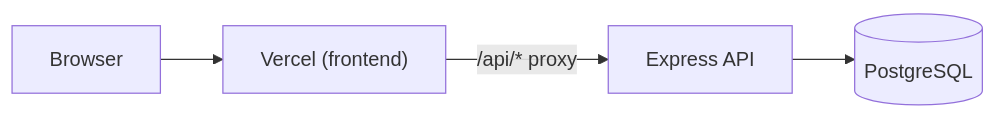
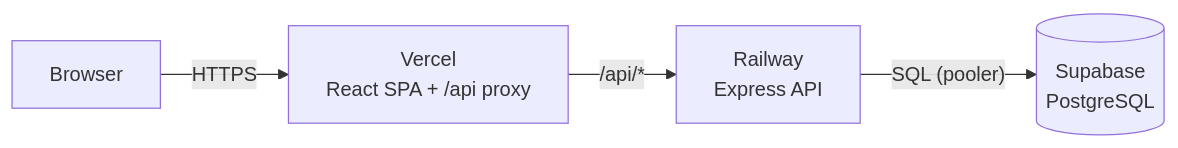
Before and after one commit to sagnik26/Task-Manager: the diagram in docs/deployment.md, drawn with Mermaid. The commit also changed other lines of this file and 5 other files, not shown here.

````diff
--- a/docs/deployment.md
+++ b/docs/deployment.md
@@ -148,6 +205,11 @@
 ```mermaid
 flowchart LR
-  Browser --> Vercel["Vercel (frontend)"]
-  Vercel -->|"/api/* proxy"| API["Express API"]
-  API --> DB[(PostgreSQL)]
+    Browser["Browser"]
+    Vercel["Vercel<br/>React SPA + /api proxy"]
+    Railway["Railway<br/>Express API"]
+    Supabase[("Supabase<br/>PostgreSQL")]
+
+    Browser -->|"HTTPS"| Vercel
+    Vercel -->|"/api/*"| Railway
+    Railway -->|"SQL (pooler)"| Supabase
 ```
````
